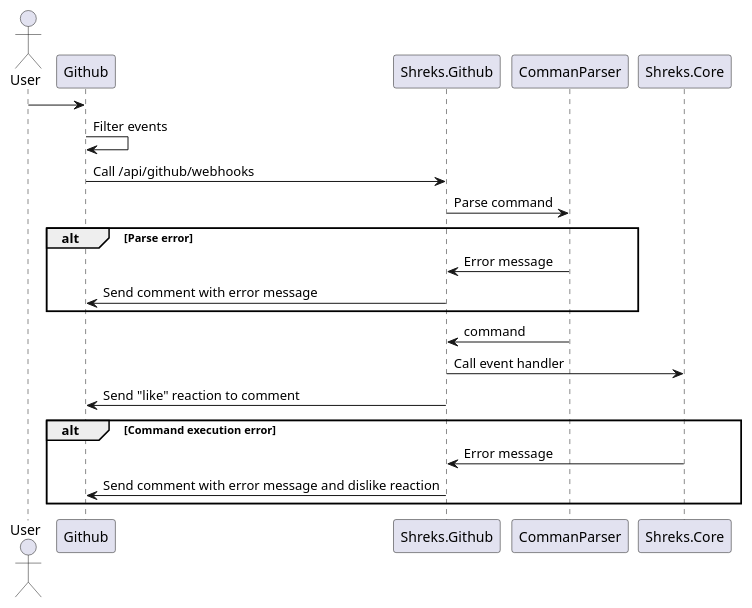
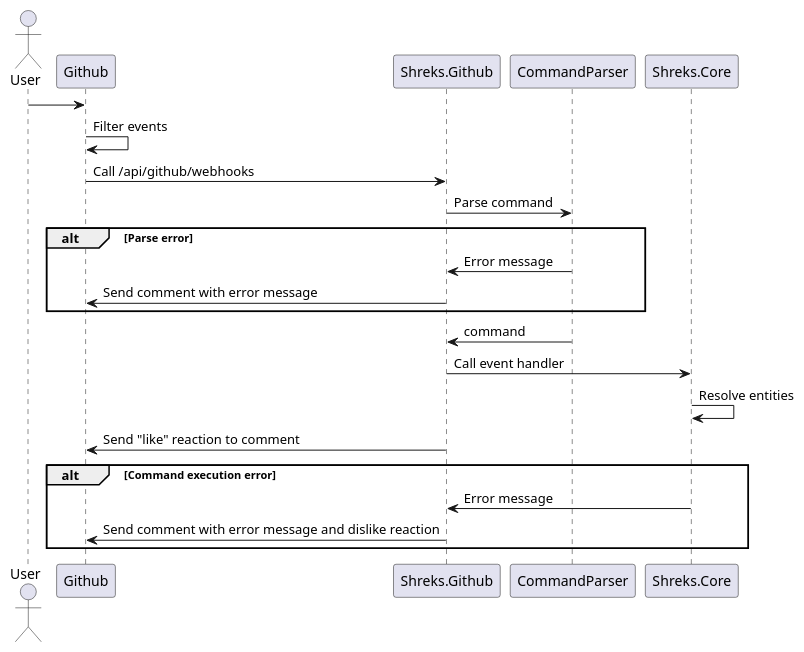
The diagram in Docs/GithubIntegration.puml (kysect/Shreks), drawn with PlantUML before and after one commit.

Commit message:
fix: apply code review suggestions

```diff
--- a/Docs/GithubIntegration.puml
+++ b/Docs/GithubIntegration.puml
@@ -1,25 +1,26 @@
 @startuml
 
 actor User
 
 User -> Github
 Github -> Github : Filter events
 Github -> Shreks.Github : Call /api/github/webhooks
 
-Shreks.Github -> CommanParser : Parse command
+Shreks.Github -> CommandParser : Parse command
 
 alt Parse error
-    CommanParser -> Shreks.Github : Error message
+    CommandParser -> Shreks.Github : Error message
     Shreks.Github -> Github : Send comment with error message
 end
 
-CommanParser -> Shreks.Github : command
+CommandParser -> Shreks.Github : command
 Shreks.Github -> Shreks.Core : Call event handler
+Shreks.Core -> Shreks.Core : Resolve entities
 Shreks.Github -> Github : Send "like" reaction to comment
 
 alt Command execution error
     Shreks.Core -> Shreks.Github : Error message
     Shreks.Github -> Github : Send comment with error message and dislike reaction
 end
 
 @enduml
```
